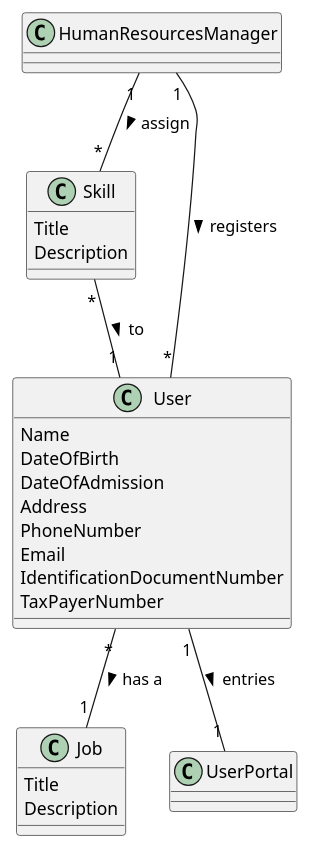
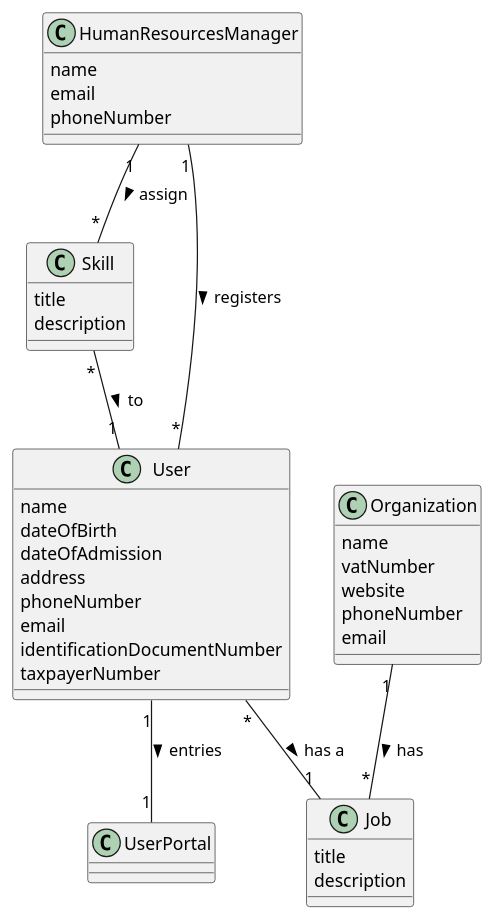
One commit to 1231635-Amorim/UrbanParkitekts changed the diagram in docs/sprintA/global-artifacts/02.analysis/puml/project-domain-model.puml. Above: the diagram before and after it, drawn with PlantUML. The commit also changed other lines of this file, not shown here.

Commit message:
project domain model v3

```diff
--- a/docs/sprintA/global-artifacts/02.analysis/puml/project-domain-model.puml
+++ b/docs/sprintA/global-artifacts/02.analysis/puml/project-domain-model.puml
@@ -1,37 +1,48 @@
 @startuml
 
 class HumanResourcesManager {
-
+    name
+    email
+    phoneNumber
 }
 
 class Skill {
-    Title
-    Description
+    title
+    description
 }
 
 class User {
-    Name
-    DateOfBirth
-    DateOfAdmission
-    Address
-    PhoneNumber
-    Email
-    IdentificationDocumentNumber
-    TaxPayerNumber
+    name
+    dateOfBirth
+    dateOfAdmission
+    address
+    phoneNumber
+    email
+    identificationDocumentNumber
+    taxpayerNumber
 }
 
 class Job {
-    Title
-    Description
+    title
+    description
 }
 
 class UserPortal {
+}
 
+class Organization {
+    name
+    vatNumber
+    website
+    phoneNumber
+    email
 }
+
 HumanResourcesManager "1" -- "*" Skill : assign >
 HumanResourcesManager "1" -- "*" User : registers >
 Skill "*" -- "1" User : to >
 User "*" -- "1" Job : has a >
 User "1" -- "1" UserPortal : entries >
+Organization "1" -- "*" Job : has >
 
 @enduml
```
